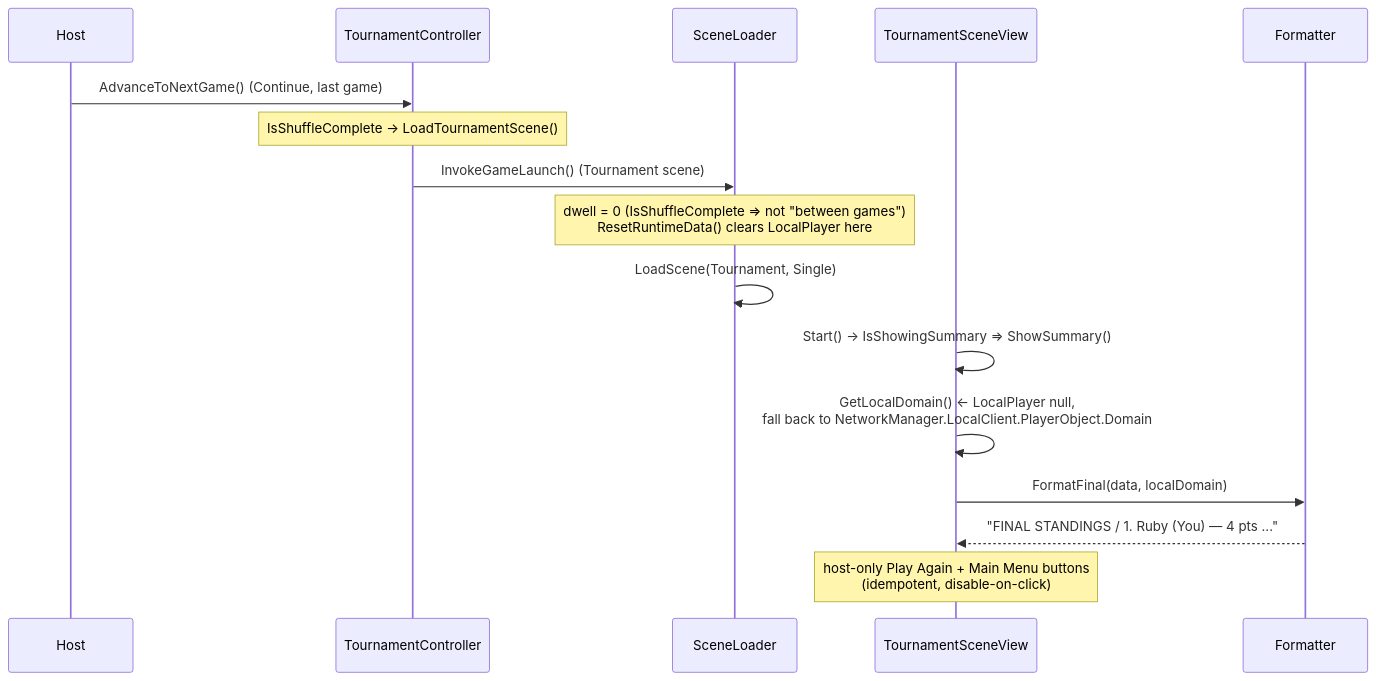
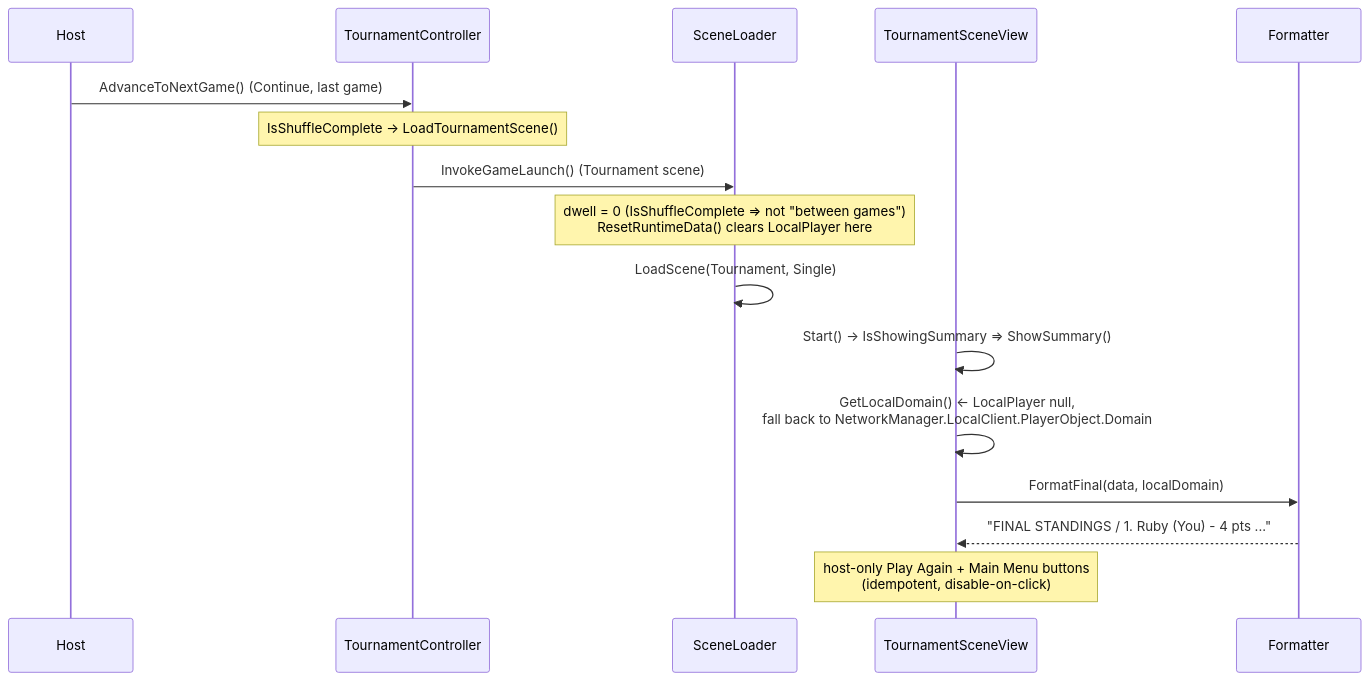
Before and after one commit to froglet-studio/Cosmic-Shore: the third of 4 diagrams in Docs/TournamentSystem/MAELSTROM_UX_HANDOFF.md, drawn with Mermaid. The commit also changed other lines of this file and 635 other files, not shown here.

````diff
--- a/Docs/TournamentSystem/MAELSTROM_UX_HANDOFF.md
+++ b/Docs/TournamentSystem/MAELSTROM_UX_HANDOFF.md
@@ -129,19 +129,19 @@
 ```mermaid
 sequenceDiagram
     participant Host
     participant TC as TournamentController
     participant SL as SceneLoader
     participant TSV as TournamentSceneView
     participant FMT as Formatter
 
     Host->>TC: AdvanceToNextGame() (Continue, last game)
-    Note over TC: IsShuffleComplete → LoadTournamentScene()
+    Note over TC: IsShuffleComplete -> LoadTournamentScene()
     TC->>SL: InvokeGameLaunch() (Tournament scene)
-    Note over SL: dwell = 0 (IsShuffleComplete ⇒ not "between games")<br/>ResetRuntimeData() clears LocalPlayer here
+    Note over SL: dwell = 0 (IsShuffleComplete => not "between games")<br/>ResetRuntimeData() clears LocalPlayer here
     SL->>SL: LoadScene(Tournament, Single)
-    TSV->>TSV: Start() → IsShowingSummary ⇒ ShowSummary()
-    TSV->>TSV: GetLocalDomain()  ← LocalPlayer null,<br/>fall back to NetworkManager.LocalClient.PlayerObject.Domain
+    TSV->>TSV: Start() -> IsShowingSummary => ShowSummary()
+    TSV->>TSV: GetLocalDomain()  <- LocalPlayer null,<br/>fall back to NetworkManager.LocalClient.PlayerObject.Domain
     TSV->>FMT: FormatFinal(data, localDomain)
-    FMT-->>TSV: "FINAL STANDINGS / 1. Ruby (You) — 4 pts ..."
+    FMT-->>TSV: "FINAL STANDINGS / 1. Ruby (You) - 4 pts ..."
     Note over TSV: host-only Play Again + Main Menu buttons<br/>(idempotent, disable-on-click)
 ```
````
